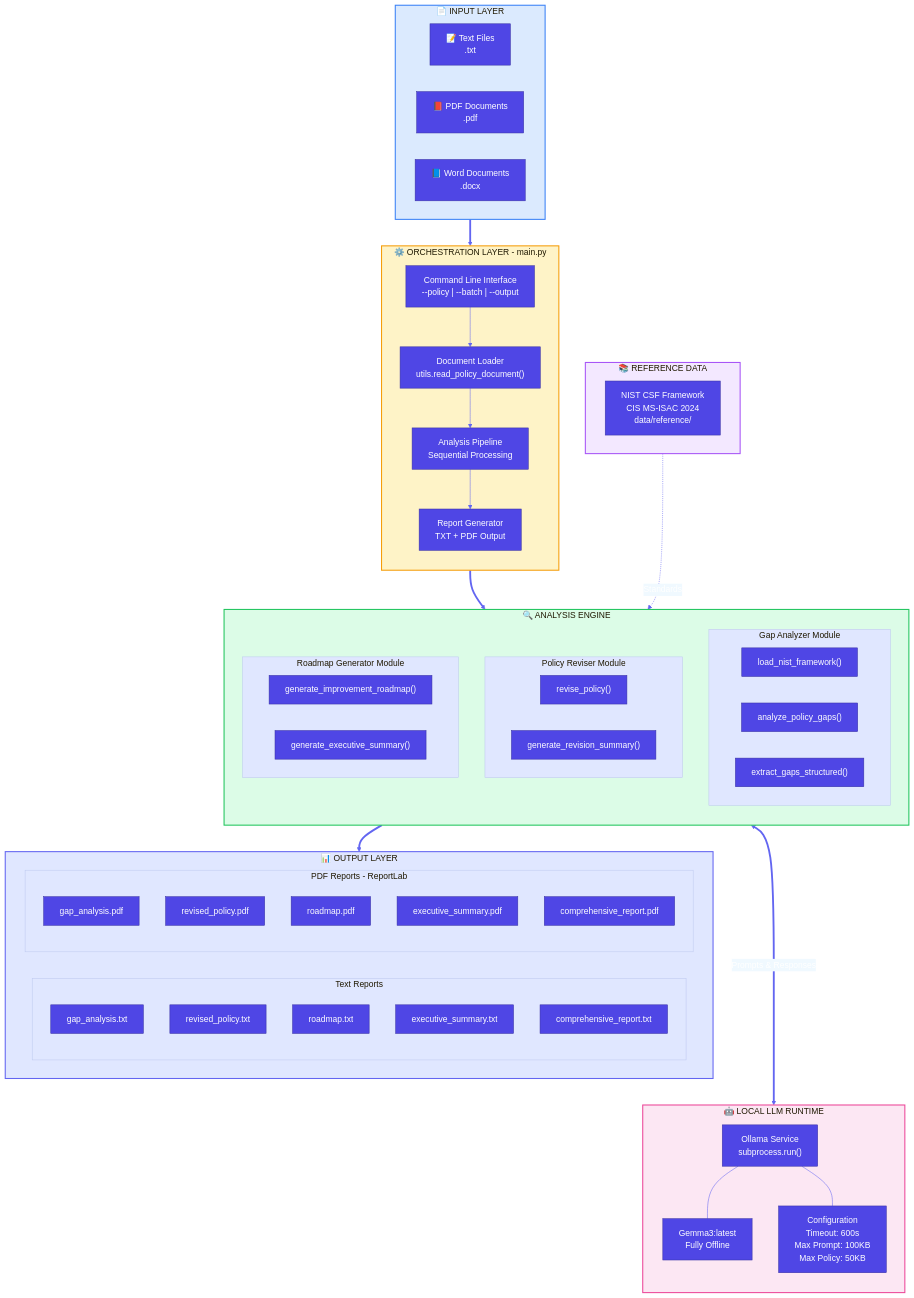
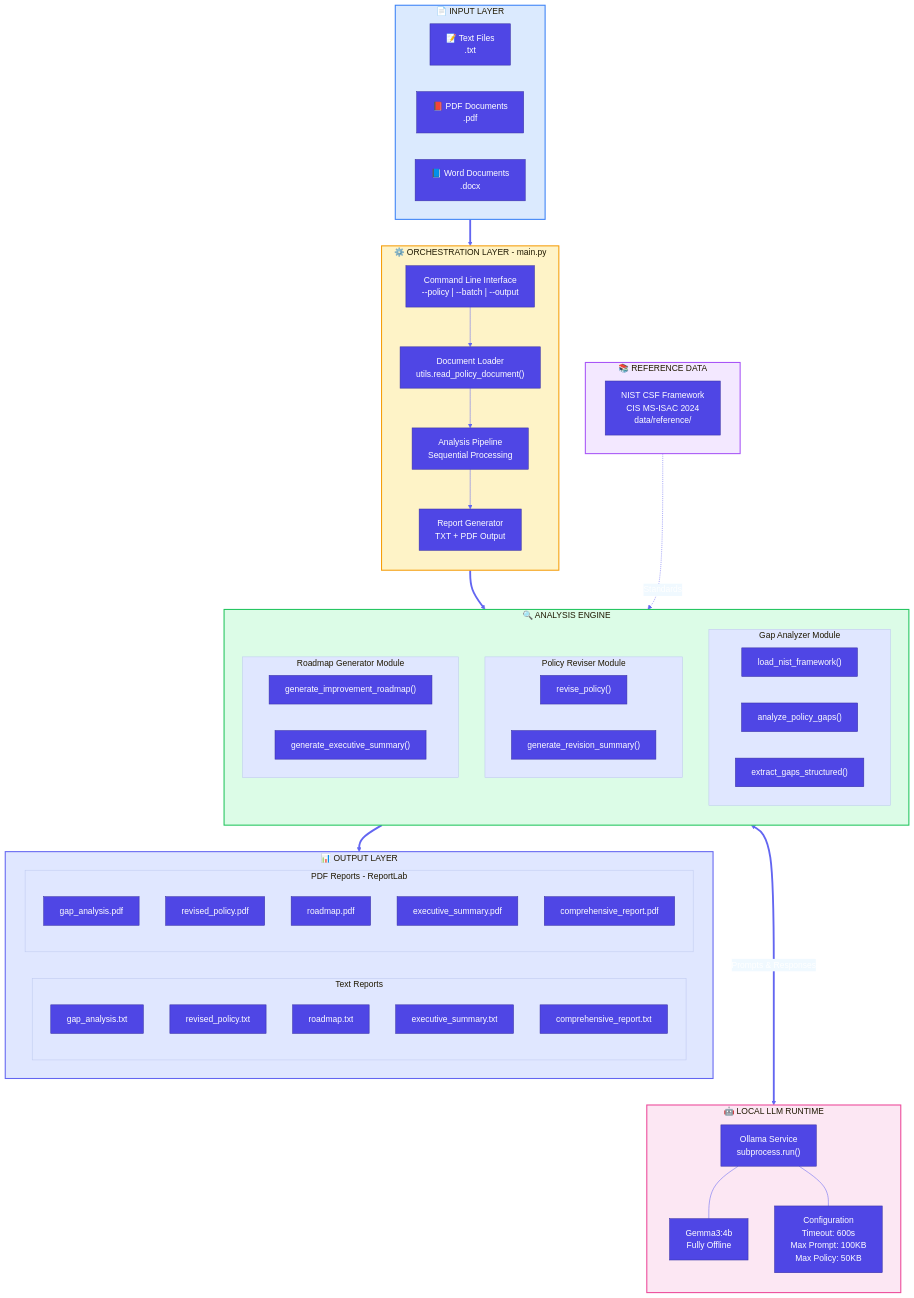
The second of 7 diagrams in README.md (HACK-IITK-2025-C3iHub/Local-LLM), drawn with Mermaid before and after one commit. The commit also changed other lines of this file and 9 other files, not shown here.

```diff
--- a/README.md
+++ b/README.md
@@ -160,7 +160,7 @@
     subgraph LLMRuntime["🤖 LOCAL LLM RUNTIME"]
         direction TB
         OLLAMA["Ollama Service<br/>subprocess.run()"]
-        MODEL["Gemma3:latest<br/>Fully Offline"]
+        MODEL["Gemma3:4b<br/>Fully Offline"]
         CONFIG["Configuration<br/>Timeout: 600s<br/>Max Prompt: 100KB<br/>Max Policy: 50KB"]
         
         OLLAMA --- MODEL
```
